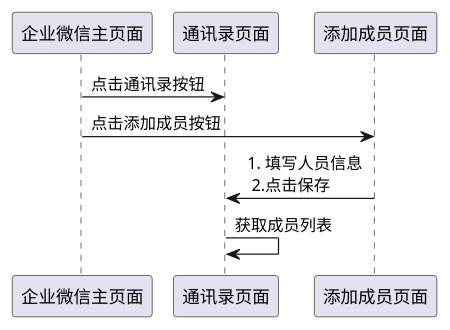
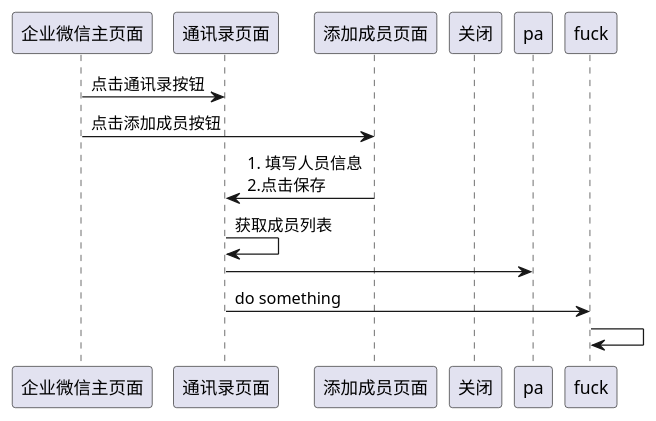
One commit to oscarli/hogwardsProject changed the diagram in test_web_wechat/测试用例.puml. Above: the diagram before and after it, drawn with PlantUML. The commit also changed 5 other files, not shown here.

```diff
--- a/test_web_wechat/测试用例.puml
+++ b/test_web_wechat/测试用例.puml
@@ -1,13 +1,18 @@
 @startuml
 
 participant 企业微信主页面 as main
 
 participant 通讯录页面 as contact
 
 participant 添加成员页面 as add_member
 
+participant 关闭 as param4
+
 main -> contact: 点击通讯录按钮
 main -> add_member: 点击添加成员按钮
-add_member -> contact : 1. 填写人员信息 \n 2.点击保存
+add_member -> contact : 1. 填写人员信息 \n2.点击保存
 contact -> contact: 获取成员列表
+contact -> pa
+contact -> fuck: do something
+fuck -> fuck
 @enduml
```
